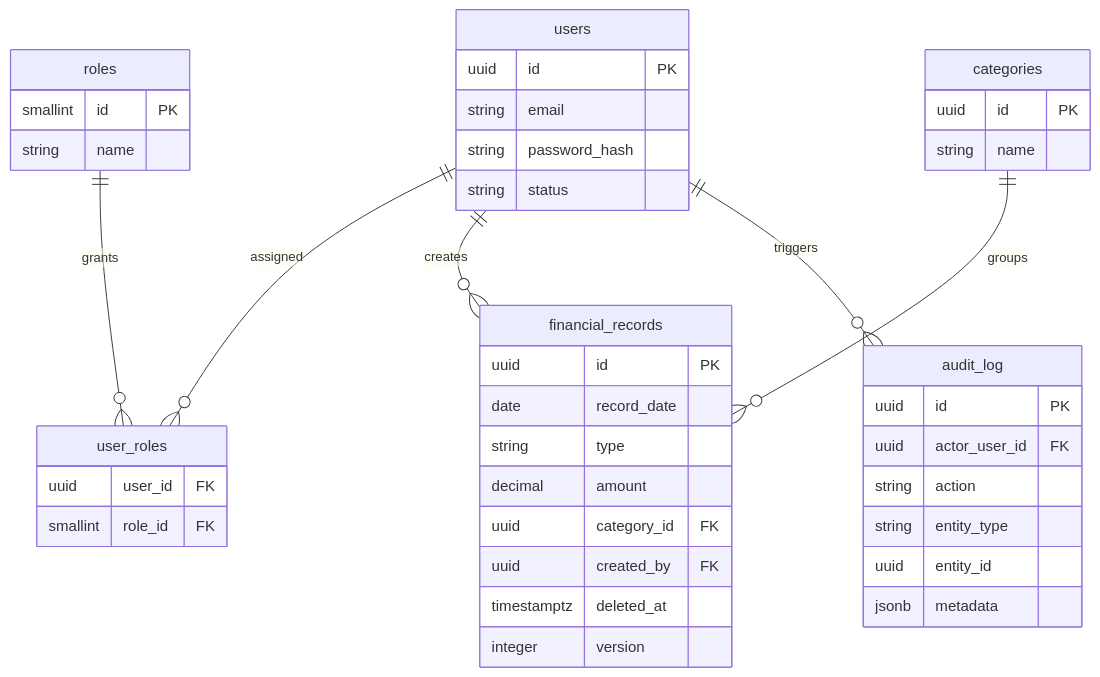
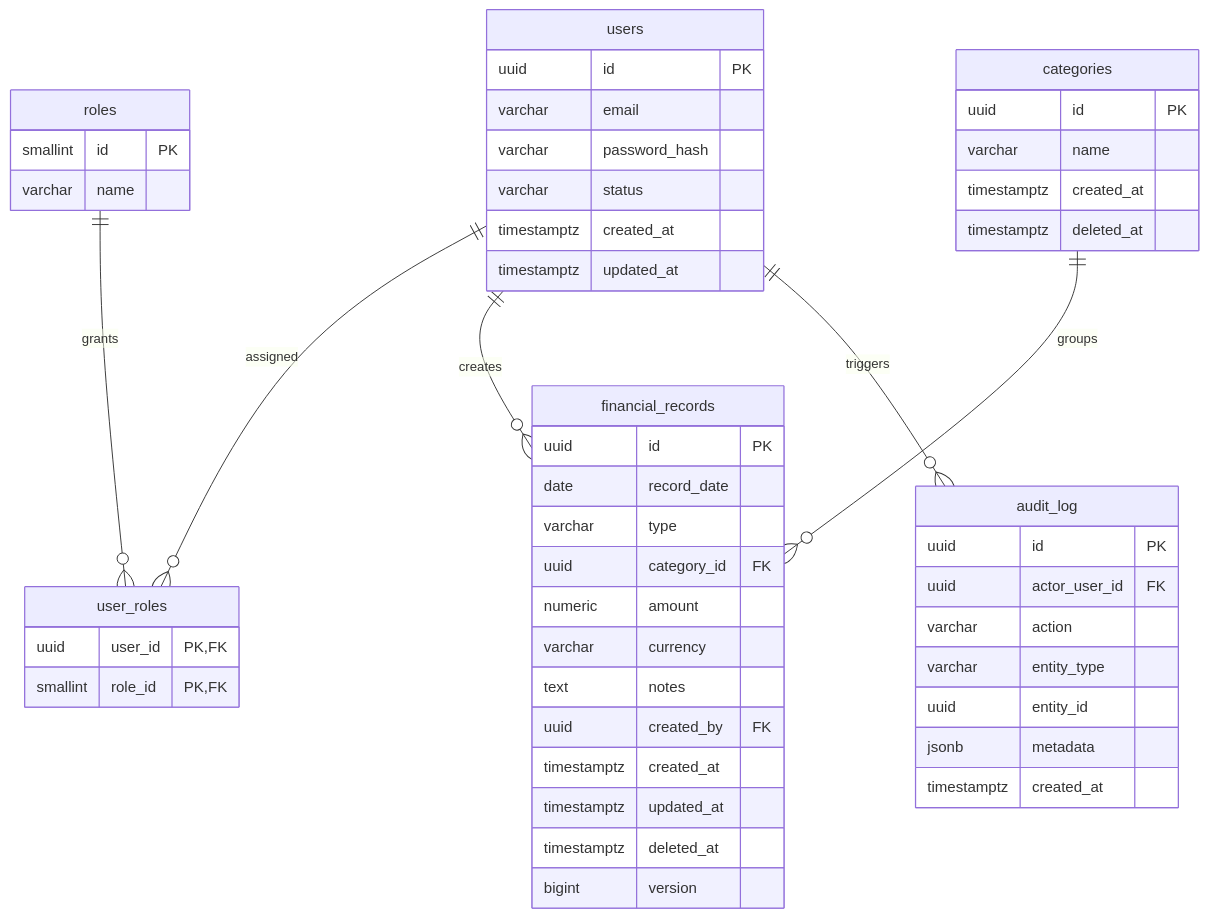
Before and after one commit to THARUN-RAJ-R/finance-dashboard: the second of 2 diagrams in README.md, drawn with Mermaid.

Commit message:
docs: update ERD to perfectly 100% match the Flyway database schema

````diff
--- a/README.md
+++ b/README.md
@@ -81,50 +81,59 @@
 ```mermaid
 erDiagram
     users ||--o{ user_roles : "assigned"
     roles ||--o{ user_roles : "grants"
     users ||--o{ financial_records : "creates"
     categories ||--o{ financial_records : "groups"
     users ||--o{ audit_log : "triggers"
 
     users {
         uuid id PK
-        string email
-        string password_hash
-        string status
+        varchar email
+        varchar password_hash
+        varchar status
+        timestamptz created_at
+        timestamptz updated_at
     }
     
     roles {
         smallint id PK
-        string name
+        varchar name
     }
 
     user_roles {
-        uuid user_id FK
-        smallint role_id FK
+        uuid user_id PK,FK
+        smallint role_id PK,FK
     }
 
     categories {
         uuid id PK
-        string name
+        varchar name
+        timestamptz created_at
+        timestamptz deleted_at
     }
 
     financial_records {
         uuid id PK
         date record_date
-        string type
-        decimal amount
+        varchar type
         uuid category_id FK
+        numeric amount
+        varchar currency
+        text notes
         uuid created_by FK
+        timestamptz created_at
+        timestamptz updated_at
         timestamptz deleted_at
-        integer version
+        bigint version
     }
 
     audit_log {
         uuid id PK
         uuid actor_user_id FK
-        string action
-        string entity_type
+        varchar action
+        varchar entity_type
         uuid entity_id
         jsonb metadata
+        timestamptz created_at
     }
 ```
````
